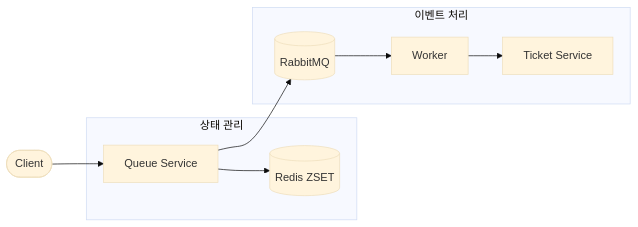
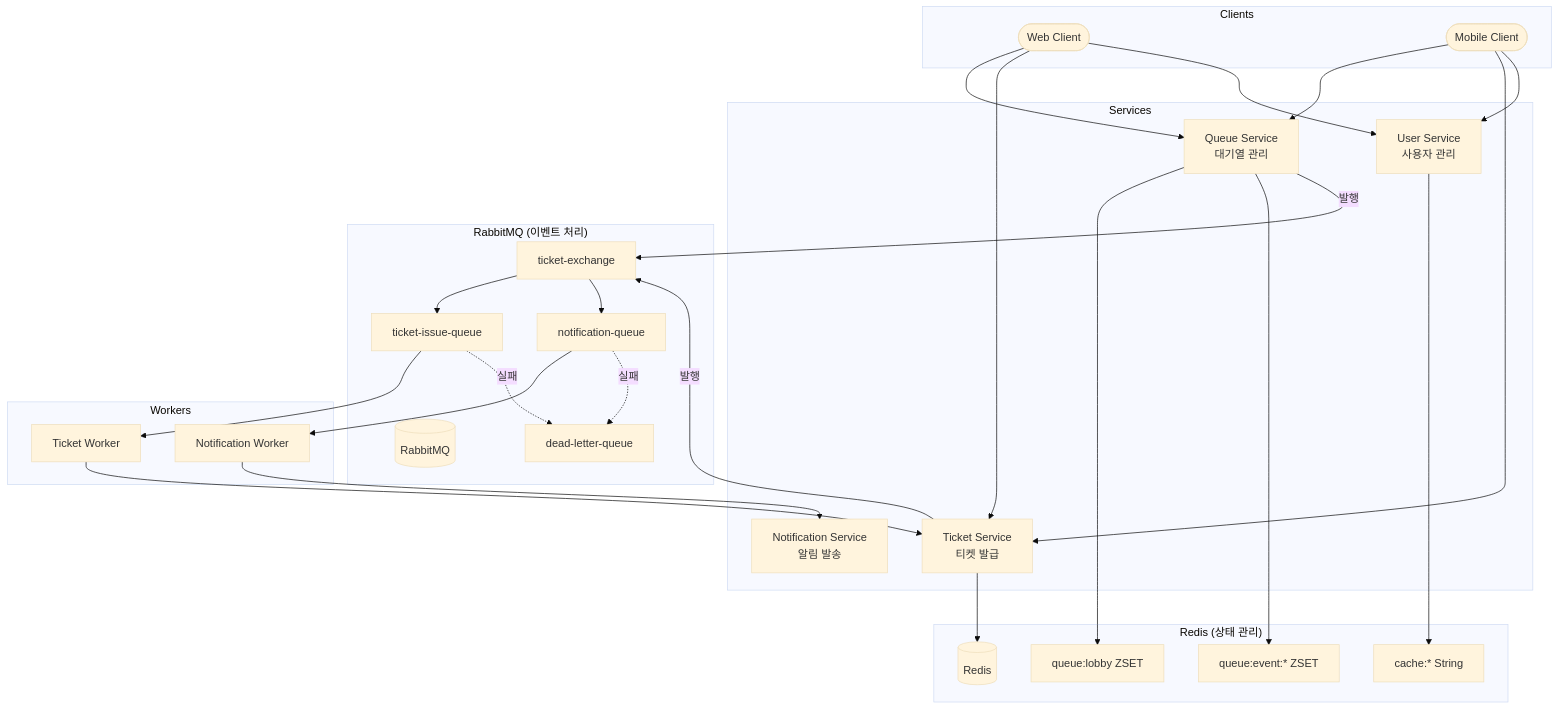
The first of 3 diagrams in guide/02-redis-rabbitmq.md (niceguy61/ticketing_queue_example), drawn with Mermaid (base theme) before and after one commit. The commit also changed other lines of this file and 2 other files, not shown here.

Commit message:
update guide

````diff
--- a/guide/02-redis-rabbitmq.md
+++ b/guide/02-redis-rabbitmq.md
@@ -7,14 +7,47 @@
 ```mermaid
-flowchart LR
-    Client([Client]) --> QS[Queue Service]
-    
-    subgraph "상태 관리"
-        QS --> Redis[(Redis ZSET)]
+flowchart TB
+    subgraph Clients
+        C1([Web Client])
+        C2([Mobile Client])
     end
     
-    subgraph "이벤트 처리"
-        QS --> RMQ[(RabbitMQ)]
-        RMQ --> Worker[Worker]
-        Worker --> TS[Ticket Service]
+    subgraph Services
+        QS[Queue Service<br/>대기열 관리]
+        TS[Ticket Service<br/>티켓 발급]
+        US[User Service<br/>사용자 관리]
+        NS[Notification Service<br/>알림 발송]
     end
+    
+    subgraph "Redis (상태 관리)"
+        Redis[(Redis)]
+        Q1[queue:lobby ZSET]
+        Q2[queue:event:* ZSET]
+        Cache[cache:* String]
+    end
+    
+    subgraph "RabbitMQ (이벤트 처리)"
+        RMQ[(RabbitMQ)]
+        EX[ticket-exchange]
+        TQ[ticket-issue-queue]
+        NQ[notification-queue]
+        DLQ[dead-letter-queue]
+    end
+    
+    subgraph Workers
+        W1[Ticket Worker]
+        W2[Notification Worker]
+    end
+    
+    C1 & C2 --> QS & TS & US
+    
+    QS --> Q1 & Q2
+    TS --> Redis
+    US --> Cache
+    
+    QS -->|발행| EX
+    TS -->|발행| EX
+    EX --> TQ & NQ
+    TQ --> W1 --> TS
+    NQ --> W2 --> NS
+    TQ & NQ -.->|실패| DLQ
 ```
````
